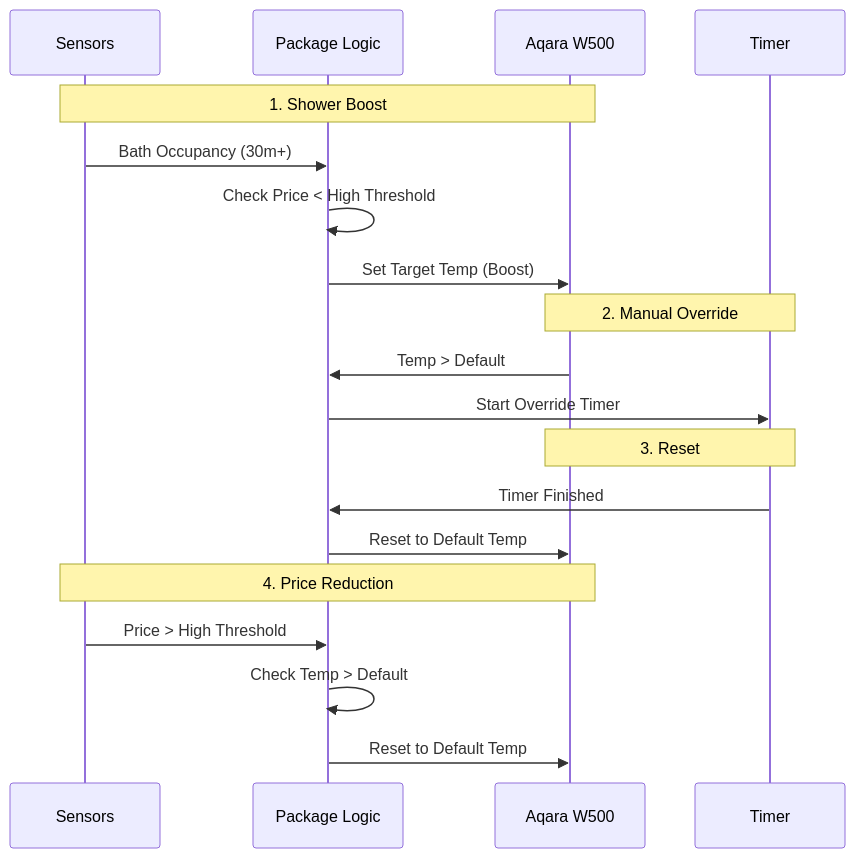
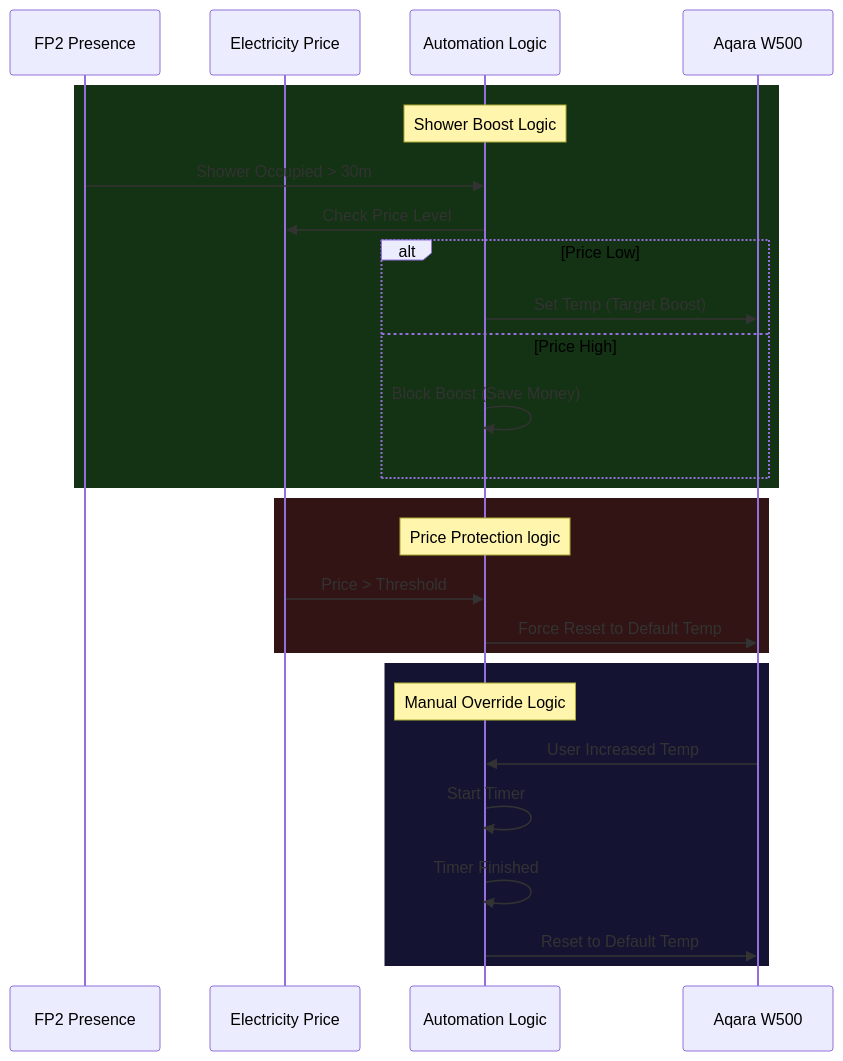
Before and after one commit to EvisHome/EvisHomeLab: the diagram in docs/smart-home/packages/aqara_w500.md, drawn with Mermaid. The commit also changed other lines of this file, not shown here.

````diff
--- a/docs/smart-home/packages/aqara_w500.md
+++ b/docs/smart-home/packages/aqara_w500.md
@@ -20,25 +37,32 @@
 ```mermaid
 sequenceDiagram
-    participant Sensor as Sensors
-    participant Pkg as Package Logic
+    participant Sensor as FP2 Presence
+    participant Price as Electricity Price
+    participant HA as Automation Logic
     participant Thermostat as Aqara W500
-    participant Timer as Timer
 
-    Note over Sensor, Thermostat: 1. Shower Boost
-    Sensor->>Pkg: Bath Occupancy (30m+)
-    Pkg->>Pkg: Check Price < High Threshold
-    Pkg->>Thermostat: Set Target Temp (Boost)
+    rect rgb(20, 50, 20)
+    Note over HA: Shower Boost Logic
+    Sensor->>HA: Shower Occupied > 30m
+    HA->>Price: Check Price Level
+    alt Price Low
+        HA->>Thermostat: Set Temp (Target Boost)
+    else Price High
+        HA->>HA: Block Boost (Save Money)
+    end
+    end
 
-    Note over Thermostat, Timer: 2. Manual Override
-    Thermostat->>Pkg: Temp > Default
-    Pkg->>Timer: Start Override Timer
-    
-    Note over Timer, Thermostat: 3. Reset
-    Timer->>Pkg: Timer Finished
-    Pkg->>Thermostat: Reset to Default Temp
+    rect rgb(50, 20, 20)
+    Note over HA: Price Protection logic
+    Price->>HA: Price > Threshold
+    HA->>Thermostat: Force Reset to Default Temp
+    end
 
-    Note over Sensor, Thermostat: 4. Price Reduction
-    Sensor->>Pkg: Price > High Threshold
-    Pkg->>Pkg: Check Temp > Default
-    Pkg->>Thermostat: Reset to Default Temp
+    rect rgb(20, 20, 50)
+    Note over HA: Manual Override Logic
+    Thermostat->>HA: User Increased Temp
+    HA->>HA: Start Timer
+    HA->>HA: Timer Finished
+    HA->>Thermostat: Reset to Default Temp
+    end
 ```
````
